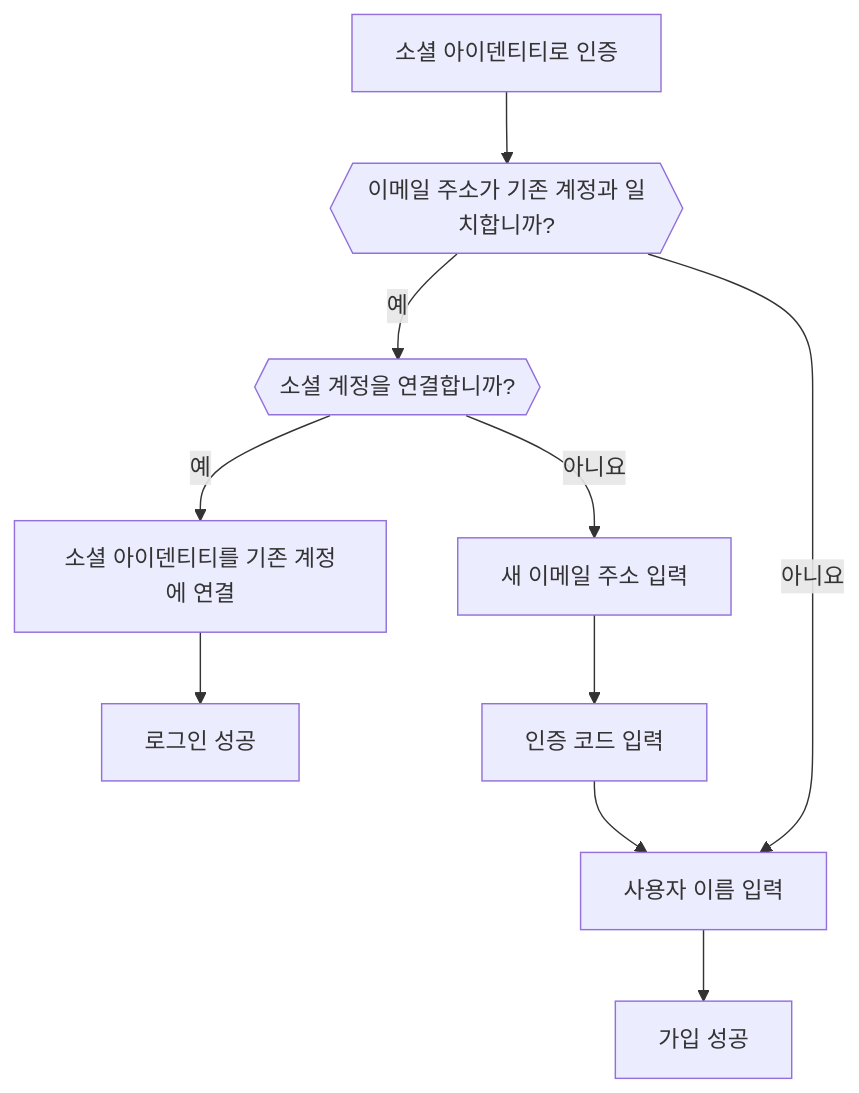
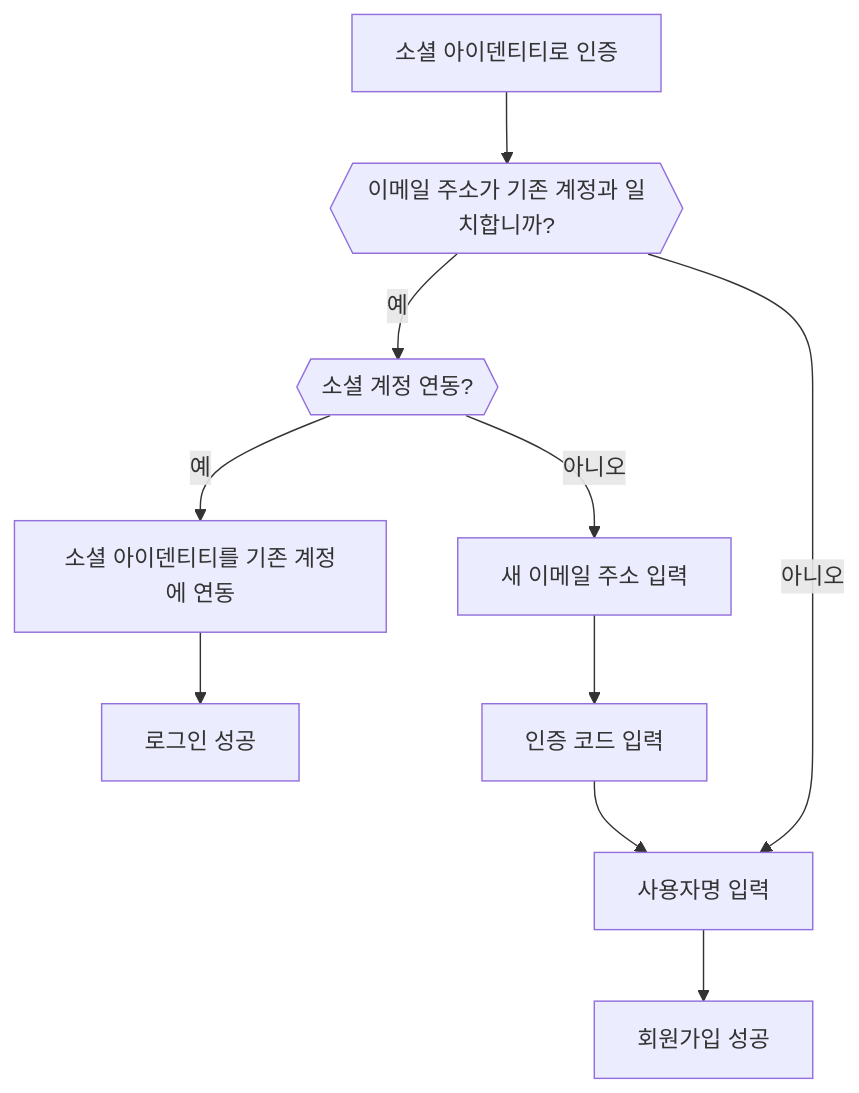
One commit to logto-io/docs changed the fifth of 6 diagrams in i18n/ko/docusaurus-plugin-content-docs/current/end-user-flows/sign-up-and-sign-in/social-sign-in.mdx. Above: the diagram before and after it, drawn with Mermaid. The commit also changed other lines of this file and 59 other files, not shown here.

````diff
--- a/i18n/ko/docusaurus-plugin-content-docs/current/end-user-flows/sign-up-and-sign-in/social-sign-in.mdx
+++ b/i18n/ko/docusaurus-plugin-content-docs/current/end-user-flows/sign-up-and-sign-in/social-sign-in.mdx
@@ -166,12 +140,12 @@
    ```mermaid
       flowchart TD
        A[소셜 아이덴티티로 인증] --> B{{이메일 주소가 기존 계정과 일치합니까?}}
-       B -- 예 --> C{{소셜 계정을 연결합니까?}}
-       C -- 예 --> D[소셜 아이덴티티를 기존 계정에 연결]
+       B -- 예 --> C{{소셜 계정 연동?}}
+       C -- 예 --> D[소셜 아이덴티티를 기존 계정에 연동]
        D --> E[로그인 성공]
-       C -- 아니요 --> F[새 이메일 주소 입력]
+       C -- 아니오 --> F[새 이메일 주소 입력]
        F --> G[인증 코드 입력]
-       G --> H[사용자 이름 입력]
-       H --> I[가입 성공]
-       B -- 아니요 --> H
+       G --> H[사용자명 입력]
+       H --> I[회원가입 성공]
+       B -- 아니오 --> H
    ```
````
